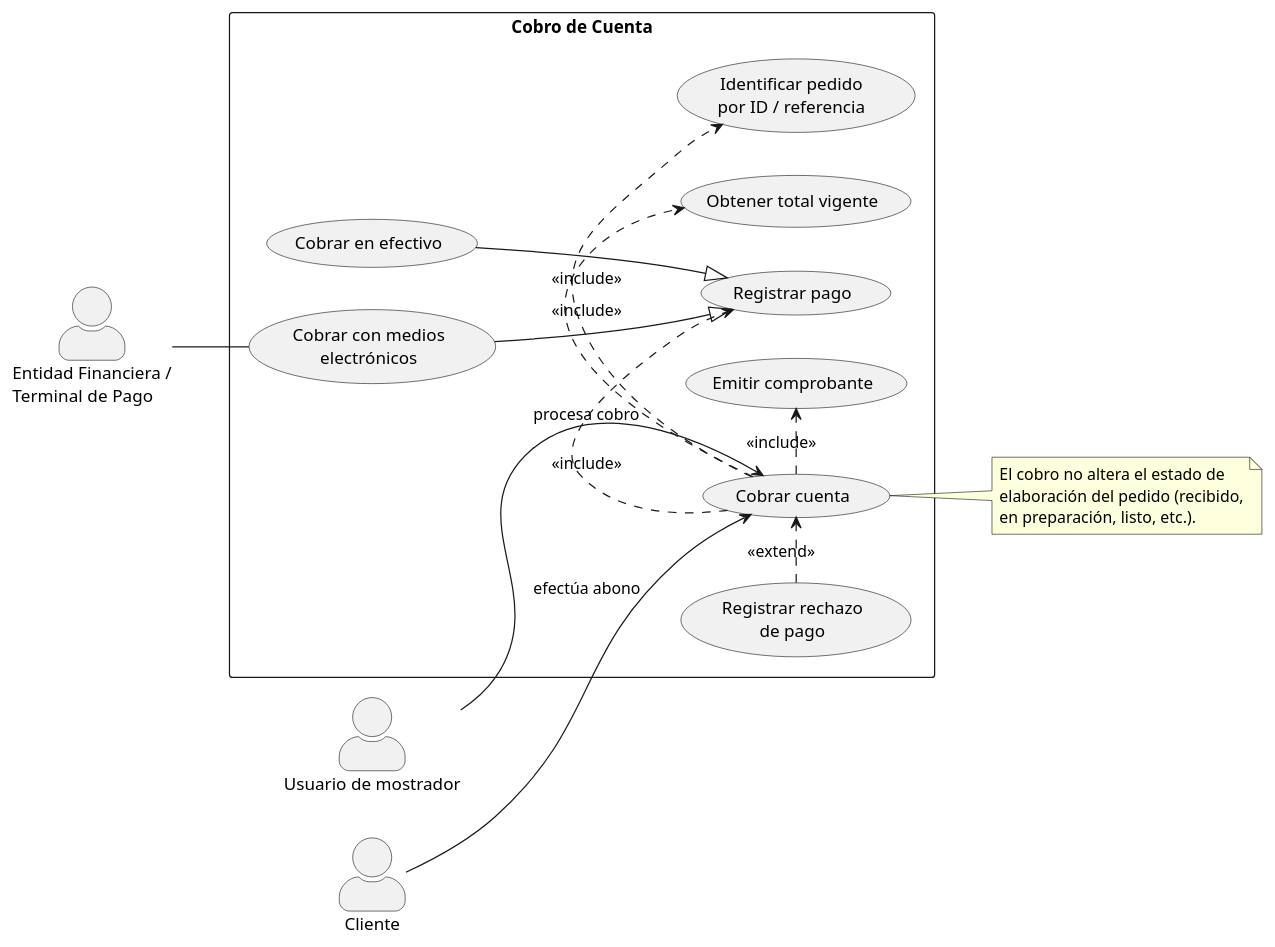
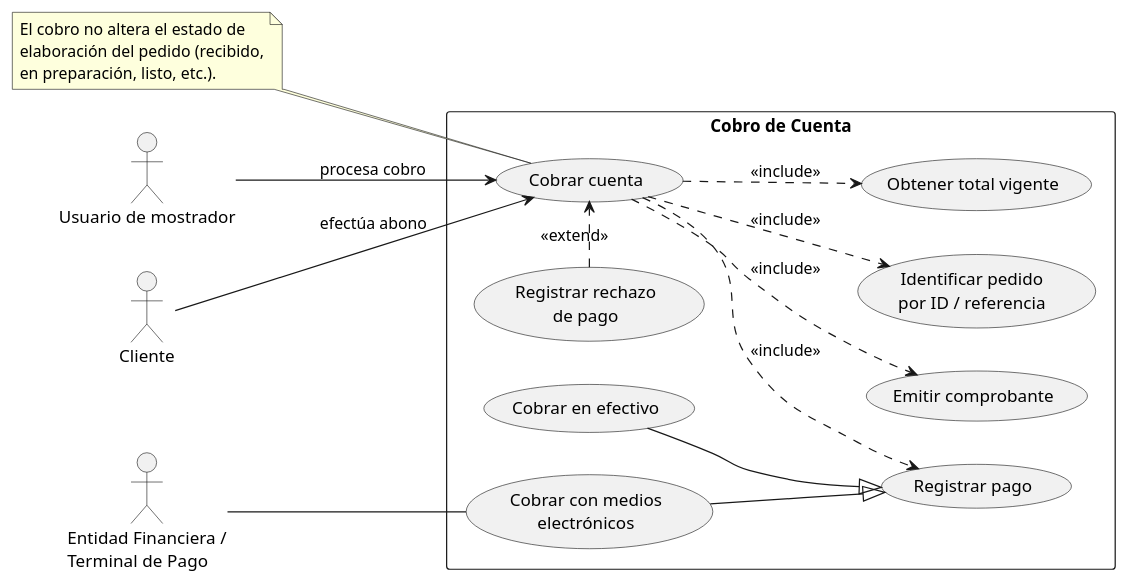
Before and after one commit to cmariano93-netizen/SistemaPedidos: the diagram in diagramas/02-casos-de-uso/02-cobrar-cuenta.puml, drawn with PlantUML. The commit also changed 13 other files, not shown here.

```diff
--- a/diagramas/02-casos-de-uso/02-cobrar-cuenta.puml
+++ b/diagramas/02-casos-de-uso/02-cobrar-cuenta.puml
@@ -1,41 +1,38 @@
 @startuml
 left to right direction
-skinparam packageStyle rectangle
-skinparam shadowing false
-skinparam actorStyle awesome
 
 actor "Usuario de mostrador" as Mostrador
 actor "Cliente" as Cliente
 actor "Entidad Financiera /\nTerminal de Pago" as Pasarela
 
 rectangle "Cobro de Cuenta" {
   usecase "Cobrar cuenta" as UC_Cobrar
   usecase "Identificar pedido\npor ID / referencia" as UC_Identificar
   usecase "Obtener total vigente" as UC_Total
   usecase "Registrar pago" as UC_Pago
   usecase "Cobrar en efectivo" as UC_Efectivo
   usecase "Cobrar con medios\nelectrónicos" as UC_Electronico
   usecase "Emitir comprobante" as UC_Ticket
   usecase "Registrar rechazo\nde pago" as UC_Rechazo
 }
 
 Cliente --> UC_Cobrar : efectúa abono
 Mostrador --> UC_Cobrar : procesa cobro
 Pasarela -- UC_Electronico
 
-UC_Cobrar .> UC_Identificar : <<include>>
-UC_Cobrar .> UC_Total : <<include>>
-UC_Cobrar .> UC_Pago : <<include>>
-UC_Cobrar .> UC_Ticket : <<include>>
+UC_Cobrar -d.> UC_Identificar : <<include>>
+UC_Cobrar -d.> UC_Total : <<include>>
+UC_Cobrar -d.> UC_Pago : <<include>>
+UC_Cobrar -d.> UC_Ticket : <<include>>
 
 UC_Efectivo --|> UC_Pago
 UC_Electronico --|> UC_Pago
 
 UC_Rechazo .> UC_Cobrar : <<extend>>
 
-note right of UC_Cobrar
+note left of UC_Cobrar
   El cobro no altera el estado de
   elaboración del pedido (recibido,
   en preparación, listo, etc.).
 end note
 @enduml
```
